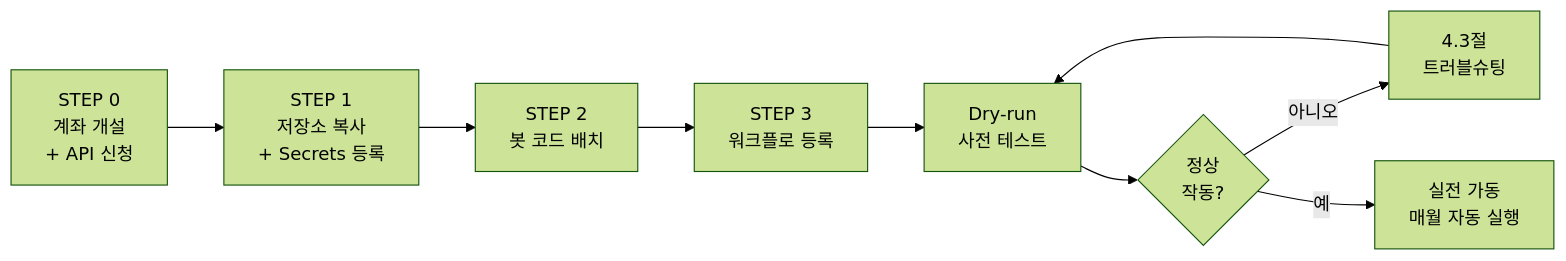
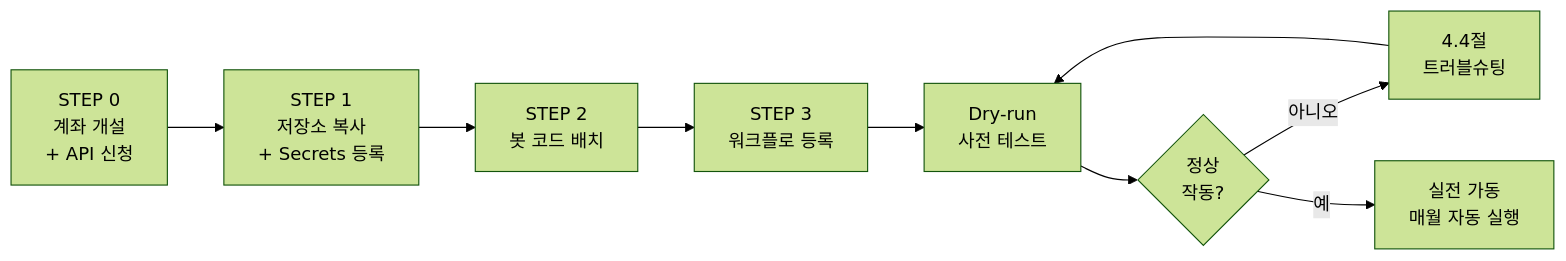
One commit to hyh54311-dev/jinhae-admission-system changed the third of 3 diagrams in retirement_savings_dual_momentum_guide.md. Above: the diagram before and after it, drawn with Mermaid (forest theme). The commit also changed other lines of this file, not shown here.

Commit message:
style: refine Part 4 structure (remove 4.0, sequential 4.1-4.6, rename opening essays and roadmap, streamline Part 4 title)

````diff
--- a/retirement_savings_dual_momentum_guide.md
+++ b/retirement_savings_dual_momentum_guide.md
@@ -1059,11 +1059,11 @@
 ```mermaid
 flowchart LR
   A["STEP 0<br/>계좌 개설<br/>+ API 신청"] --> B["STEP 1<br/>저장소 복사<br/>+ Secrets 등록"]
   B --> C["STEP 2<br/>봇 코드 배치"]
   C --> D["STEP 3<br/>워크플로 등록"]
   D --> E["Dry-run<br/>사전 테스트"]
   E --> F{"정상<br/>작동?"}
-  F -->|아니오| G["4.3절<br/>트러블슈팅"]
+  F -->|아니오| G["4.4절<br/>트러블슈팅"]
   G --> E
   F -->|예| H["실전 가동<br/>매월 자동 실행"]
 ```
````
